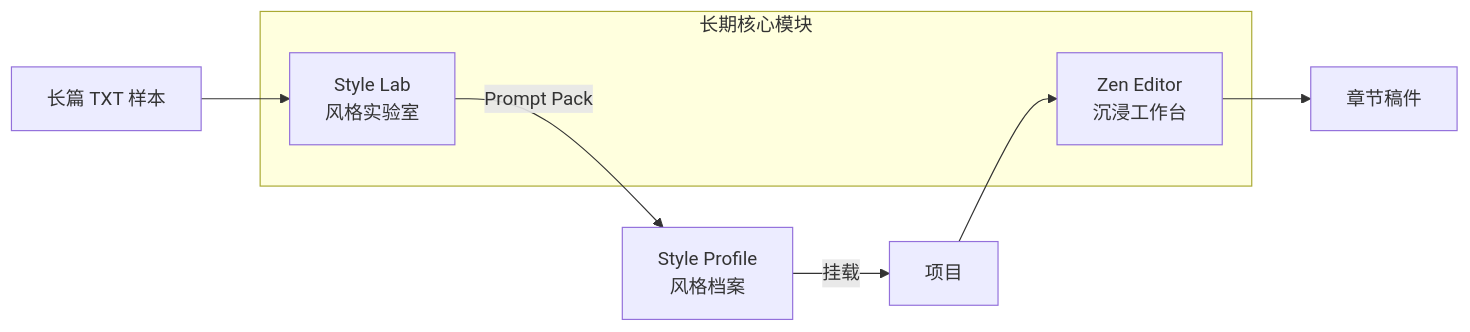
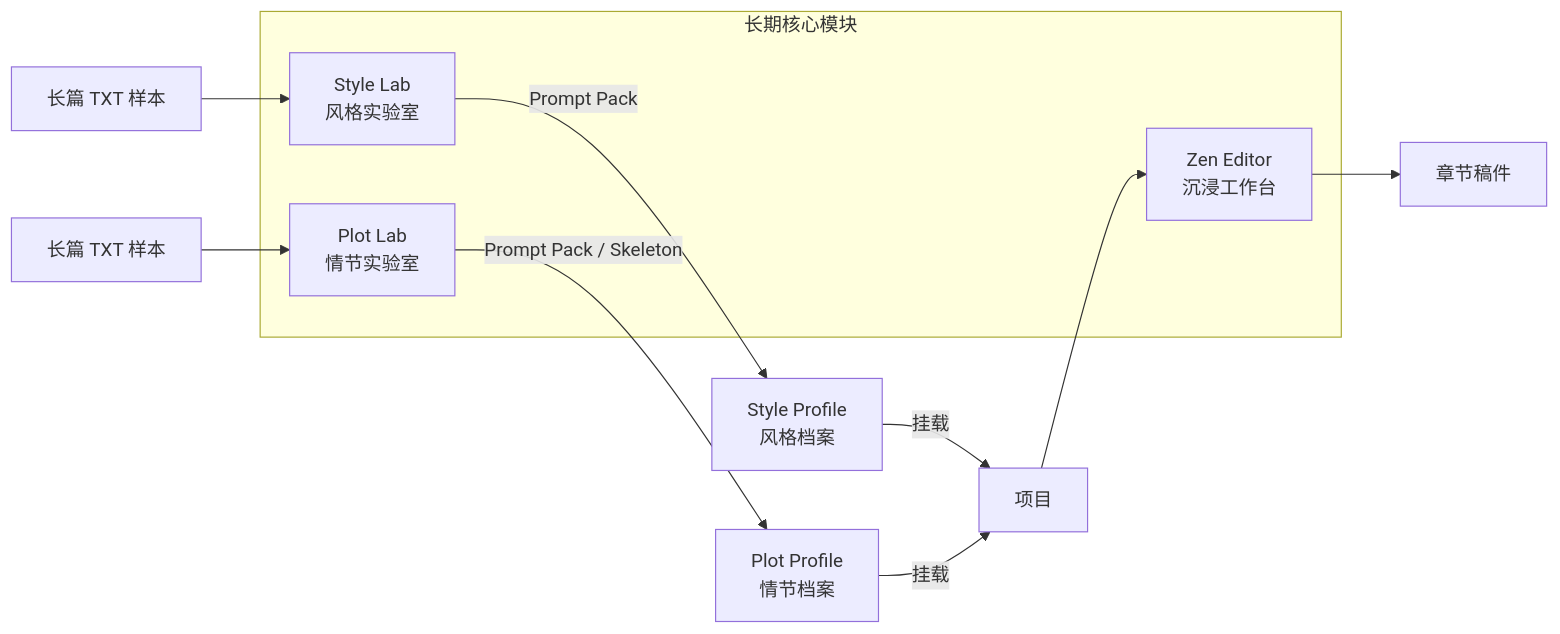
Before and after one commit to nsxzhou/Persona: the first of 2 diagrams in wiki/00-overview/00-what-is-persona.md, drawn with Mermaid. The commit also changed other lines of this file and 2 other files, not shown here.

First line of the commit message:
feat(plot-lab): complete Plot Lab integration and update documentation

````diff
--- a/wiki/00-overview/00-what-is-persona.md
+++ b/wiki/00-overview/00-what-is-persona.md
@@ -21,12 +21,16 @@
 ```mermaid
 flowchart LR
     subgraph 长期核心模块
         SL[Style Lab<br/>风格实验室]
+        PL[Plot Lab<br/>情节实验室]
         ZE[Zen Editor<br/>沉浸工作台]
     end
     Sample[长篇 TXT 样本] --> SL
+    PlotSample[长篇 TXT 样本] --> PL
     SL --Prompt Pack--> SP[Style Profile<br/>风格档案]
+    PL --Prompt Pack / Skeleton--> PP[Plot Profile<br/>情节档案]
     SP --挂载--> Project[项目]
+    PP --挂载--> Project
     Project --> ZE
     ZE --> Chapter[章节稿件]
 ```
````
